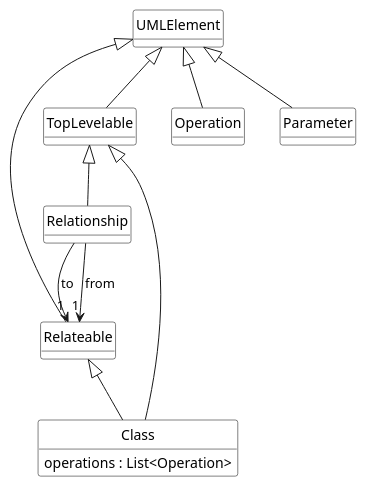
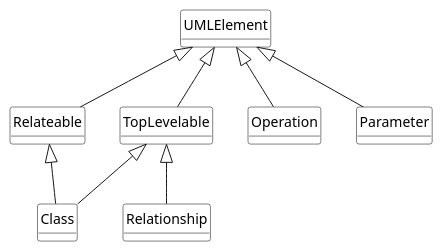
The diagram in diagrams/plantuml.ast.puml (tizuck/scala-uml), drawn with PlantUML before and after one commit. The commit also changed 3 other files, not shown here.

Commit message:
Add beginning of PlantUML Ast diagram, Add example for Multiple Parameter Sequences, Add more stereotypes to scala UML profile

```diff
--- a/diagrams/plantuml.ast.puml
+++ b/diagrams/plantuml.ast.puml
@@ -1,32 +1,28 @@
 @startuml
 class UMLElement 
 class Class {
-    operations : List<Operation>
 }
 
 class Relationship {
     
 }
-
-Relationship --> "1" Relateable : from
-Relationship --> "1" Relateable : to 
 
 UMLElement <|-- Relateable 
 UMLElement <|-- TopLevelable
 UMLElement <|-- Operation 
 UMLElement <|-- Parameter 
 TopLevelable <|-- Relationship
 Relateable <|-- Class 
 TopLevelable <|-- Class 
 
 hide class circle
 hide class methods 
 hide enum methods 
 
 
 skinparam class {
     BackgroundColor White
     ArrowColor Black
     BorderColor Black
 }
 @enduml 
```
